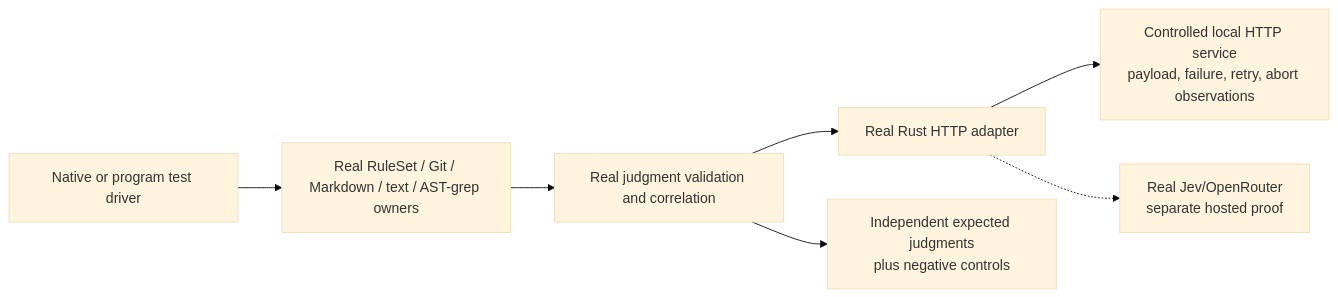
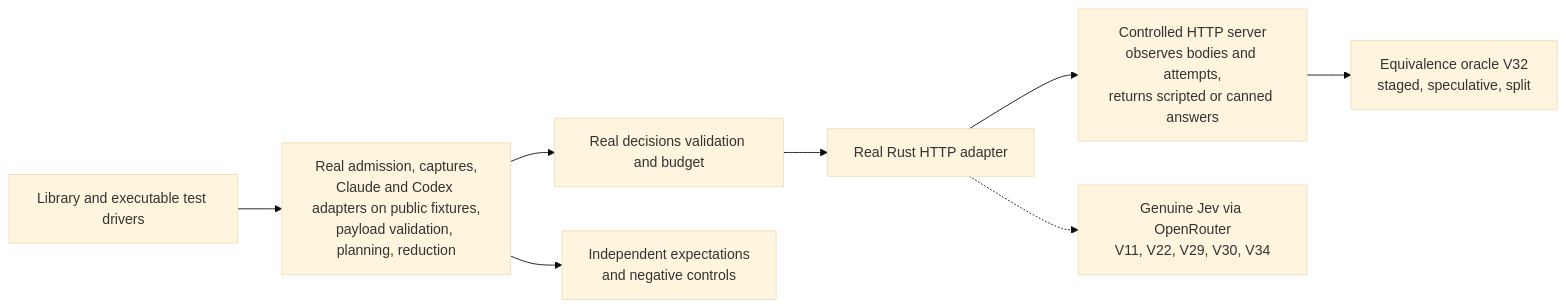
One commit to ShravanSunder/sunstack-tools changed the diagram in docs/specs/2026-10-12-rust-rule-engine/assets/proof-boundaries.mmd. Above: the diagram before and after it, drawn with Mermaid (base theme). The commit also changed 36 other files, not shown here.

First line of the commit message:
docs: realize generic rule engine in Program Design, schemas and examples

```diff
--- a/docs/specs/2026-10-12-rust-rule-engine/assets/proof-boundaries.mmd
+++ b/docs/specs/2026-10-12-rust-rule-engine/assets/proof-boundaries.mmd
@@ -1,7 +1,8 @@
 flowchart LR
-  R["Native or program test driver"] --> E["Real RuleSet / Git / Markdown / text / AST-grep owners"]
-  E --> J["Real judgment validation and correlation"]
-  J --> C["Real Rust HTTP adapter"]
-  C --> F["Controlled local HTTP service<br/>payload, failure, retry, abort observations"]
-  C -.-> P["Real Jev/OpenRouter<br/>separate hosted proof"]
-  J --> O["Independent expected judgments<br/>plus negative controls"]
+  T["Library and executable test drivers"] --> L["Real admission, captures,<br/>Claude and Codex adapters on public fixtures,<br/>payload validation, planning, reduction"]
+  L --> D["Real decisions validation and budget"]
+  D --> H["Real Rust HTTP adapter"]
+  H --> F["Controlled HTTP server<br/>observes bodies and attempts,<br/>returns scripted or canned answers"]
+  H -.-> J["Genuine Jev via OpenRouter<br/>V11, V22, V29, V30, V34"]
+  L --> O["Independent expectations<br/>and negative controls"]
+  F --> Q["Equivalence oracle V32<br/>staged, speculative, split"]
```
